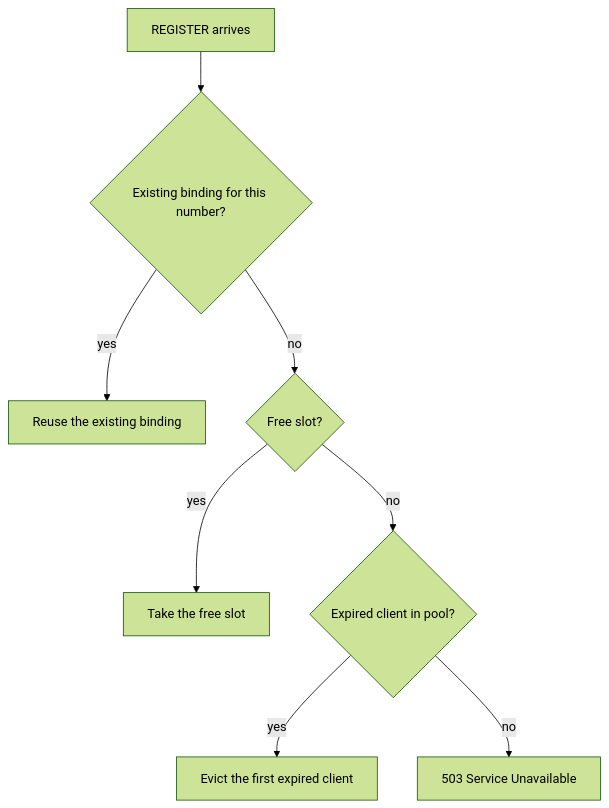
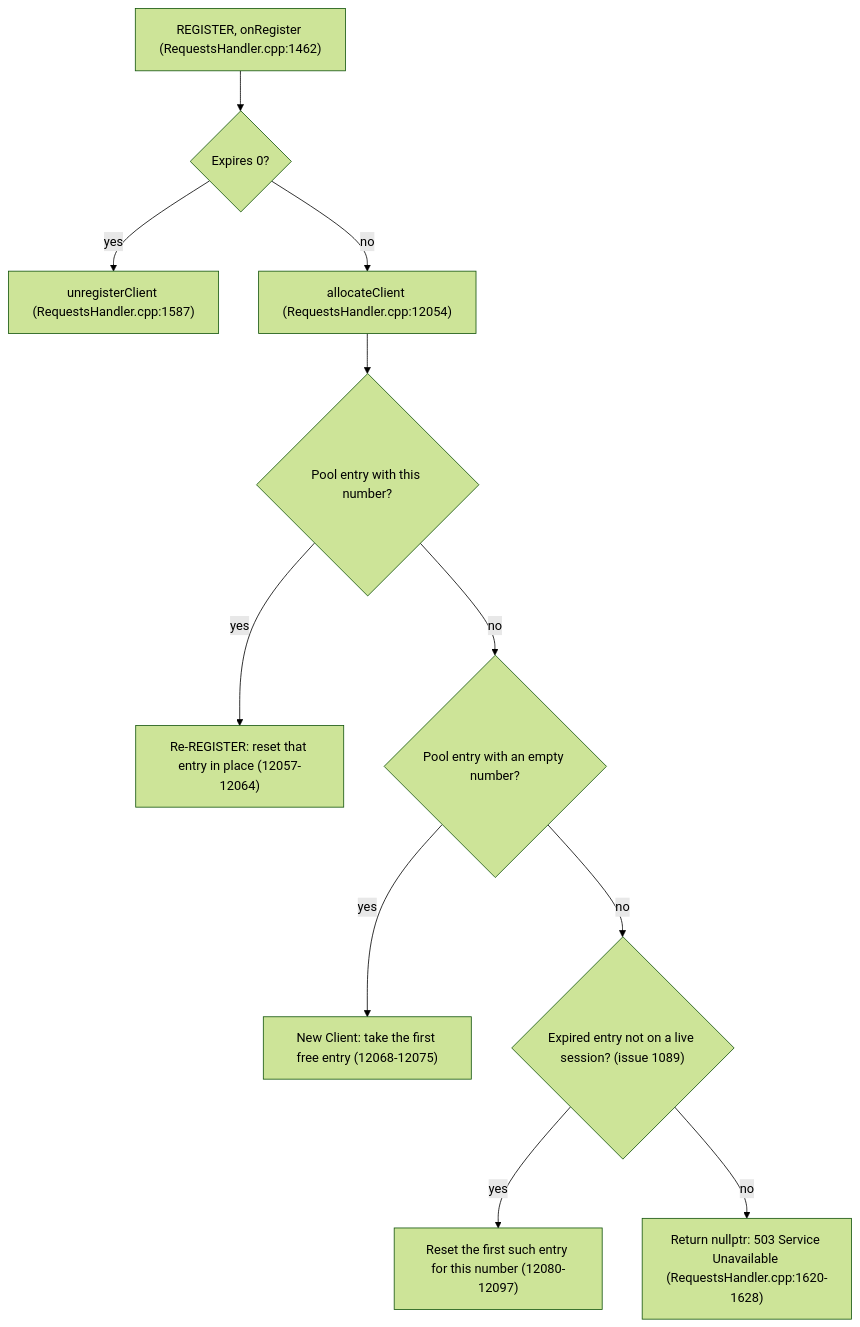
One commit to GlomarGadaffi/pocket-dial changed the diagram in docs/SCALING.md. Above: the diagram before and after it, drawn with Mermaid (forest theme). The commit also changed 7 other files, not shown here.

First line of the commit message:
docs: make the ops and scaling diagrams match main

````diff
--- a/docs/SCALING.md
+++ b/docs/SCALING.md
@@ -242,10 +242,13 @@
 ```mermaid
 flowchart TD
-    A[REGISTER arrives] --> B{Existing binding for this number?}
-    B -->|yes| C[Reuse the existing binding]
-    B -->|no| D{Free slot?}
-    D -->|yes| E[Take the free slot]
-    D -->|no| F{Expired client in pool?}
-    F -->|yes| G[Evict the first expired client]
-    F -->|no| H[503 Service Unavailable]
+    A["REGISTER, onRegister (RequestsHandler.cpp:1462)"] --> X{"Expires 0?"}
+    X -->|yes| U["unregisterClient (RequestsHandler.cpp:1587)"]
+    X -->|no| Q["allocateClient (RequestsHandler.cpp:12054)"]
+    Q --> B{"Pool entry with this number?"}
+    B -->|yes| C["Re-REGISTER: reset that entry in place (12057-12064)"]
+    B -->|no| D{"Pool entry with an empty number?"}
+    D -->|yes| E["New Client: take the first free entry (12068-12075)"]
+    D -->|no| F{"Expired entry not on a live session? (issue 1089)"}
+    F -->|yes| G["Reset the first such entry for this number (12080-12097)"]
+    F -->|no| H["Return nullptr: 503 Service Unavailable (RequestsHandler.cpp:1620-1628)"]
 ```
````
